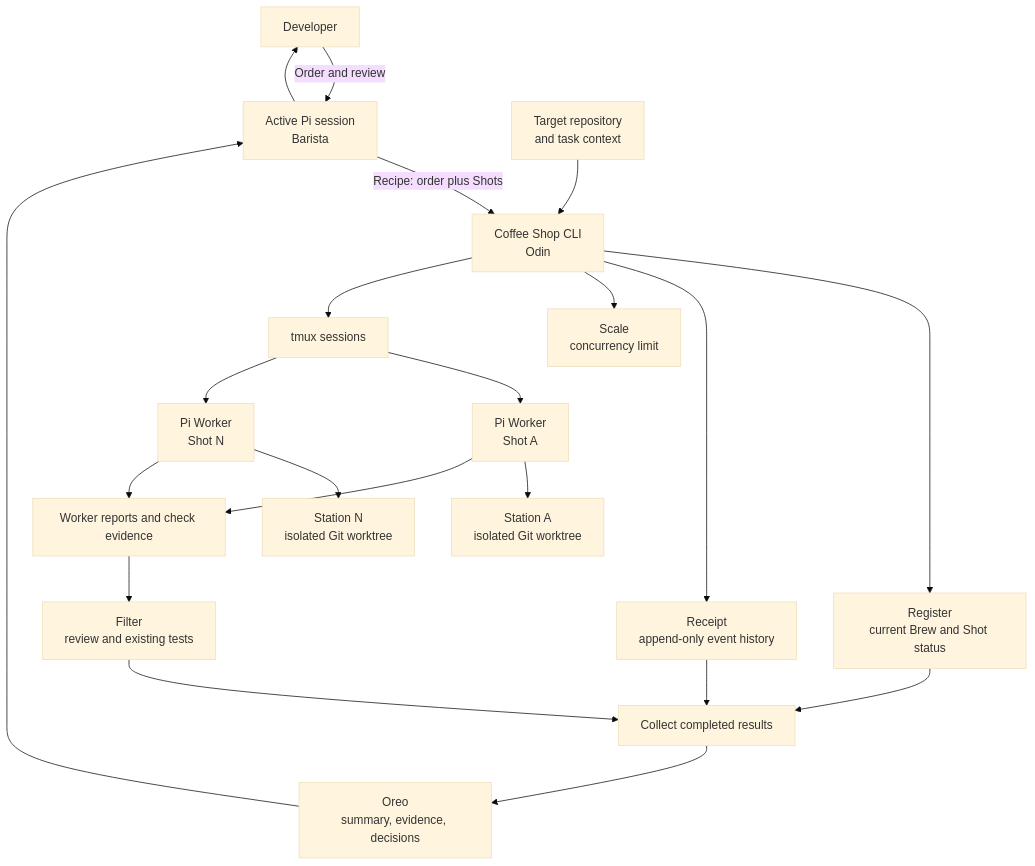
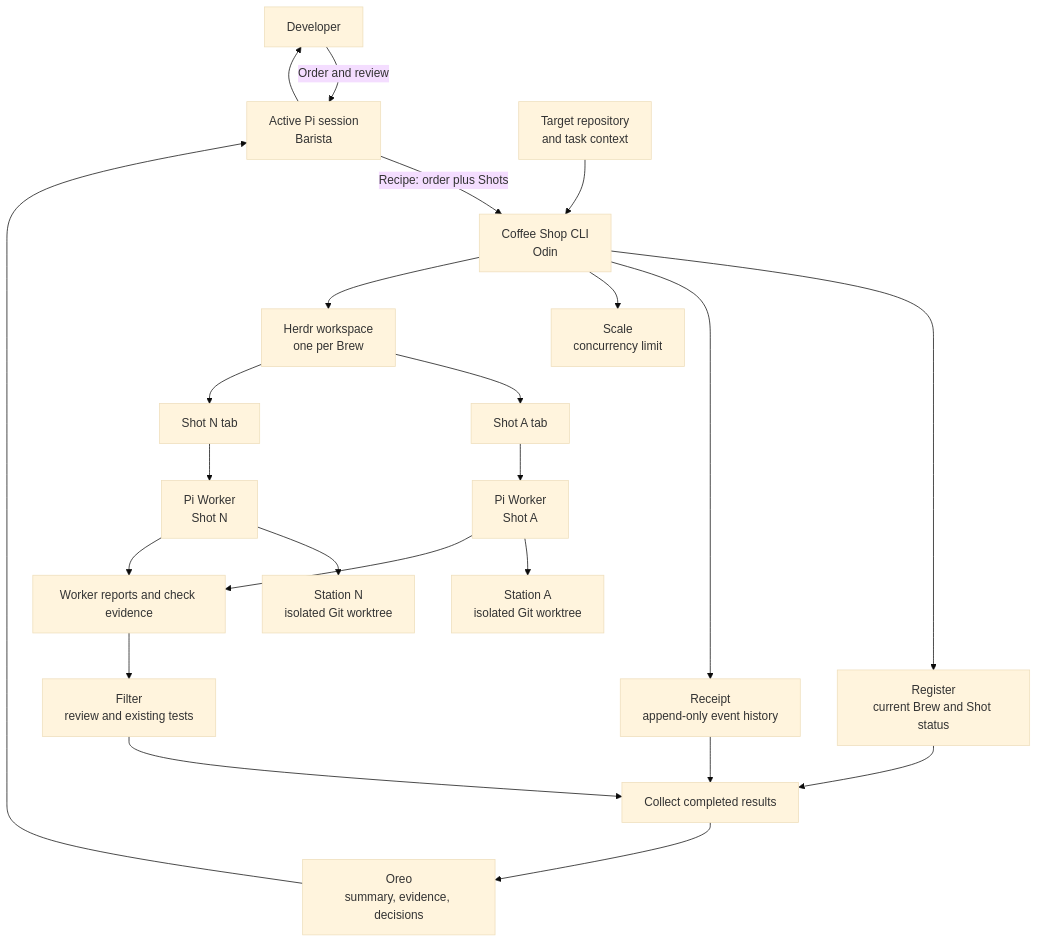
Before and after one commit to weima/coffee-shop: the diagram in docs/architecture.md, drawn with Mermaid (base theme). The commit also changed other lines of this file and 7 other files, not shown here.

````diff
--- a/docs/architecture.md
+++ b/docs/architecture.md
@@ -7,23 +7,25 @@
 ```mermaid
 flowchart TD
     Dev[Developer] -->|Order and review| Barista[Active Pi session<br/>Barista]
     Barista -->|Recipe: order plus Shots| CLI[Coffee Shop CLI<br/>Odin]
     Beans[Target repository<br/>and task context] --> CLI
     CLI --> Register[Register<br/>current Brew and Shot status]
     CLI --> Receipt[Receipt<br/>append-only event history]
     CLI --> Scale[Scale<br/>concurrency limit]
-    CLI --> TMUX[tmux sessions]
-    TMUX --> Worker1[Pi Worker<br/>Shot A]
-    TMUX --> WorkerN[Pi Worker<br/>Shot N]
+    CLI --> HERDR[Herdr workspace<br/>one per Brew]
+    HERDR --> Tab1[Shot A tab]
+    HERDR --> TabN[Shot N tab]
+    Tab1 --> Worker1[Pi Worker<br/>Shot A]
+    TabN --> WorkerN[Pi Worker<br/>Shot N]
     Worker1 --> Station1[Station A<br/>isolated Git worktree]
     WorkerN --> StationN[Station N<br/>isolated Git worktree]
     Worker1 --> Results[Worker reports and check evidence]
     WorkerN --> Results
     Results --> Filter[Filter<br/>review and existing tests]
     Register --> Collect[Collect completed results]
     Receipt --> Collect
     Filter --> Collect
     Collect --> Oreo[Oreo<br/>summary, evidence, decisions]
     Oreo --> Barista
     Barista --> Dev
 ```
````
